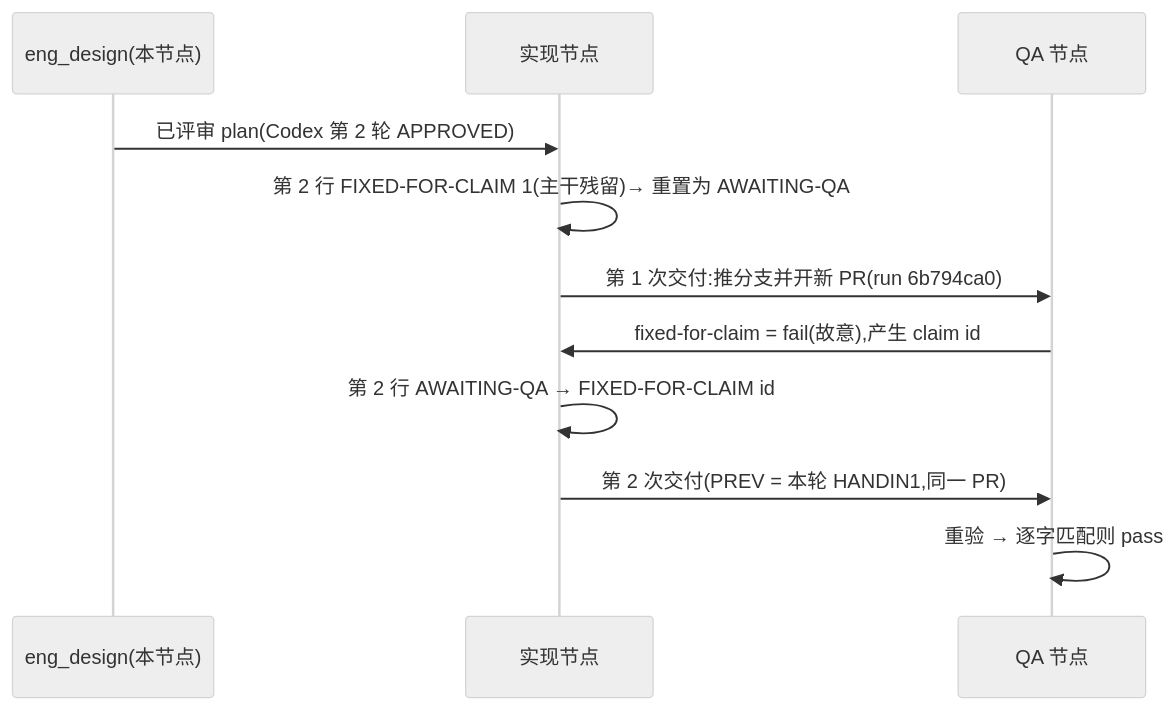
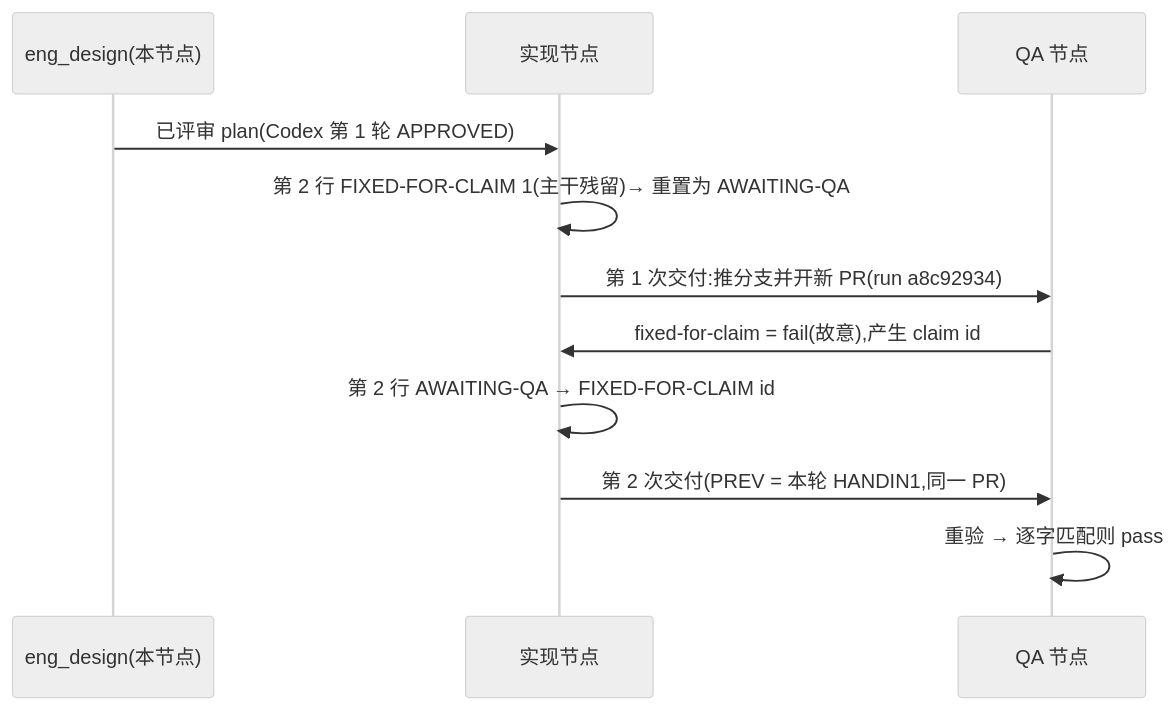
The diagram in engineering/doc/FLY-3226-real-runner-drill/d1-core-flow.mmd (xrliAnnie/flywheel-qa-sandbox), drawn with Mermaid (neutral theme) before and after one commit. The commit also changed 8 other files, not shown here.

```diff
--- a/engineering/doc/FLY-3226-real-runner-drill/d1-core-flow.mmd
+++ b/engineering/doc/FLY-3226-real-runner-drill/d1-core-flow.mmd
@@ -1,11 +1,11 @@
 sequenceDiagram
     participant S as eng_design(本节点)
     participant I as 实现节点
     participant Q as QA 节点
-    S->>I: 已评审 plan(Codex 第 2 轮 APPROVED)
+    S->>I: 已评审 plan(Codex 第 1 轮 APPROVED)
     I->>I: 第 2 行 FIXED-FOR-CLAIM 1(主干残留)→ 重置为 AWAITING-QA
-    I->>Q: 第 1 次交付:推分支并开新 PR(run 6b794ca0)
+    I->>Q: 第 1 次交付:推分支并开新 PR(run a8c92934)
     Q->>I: fixed-for-claim = fail(故意),产生 claim id
     I->>I: 第 2 行 AWAITING-QA → FIXED-FOR-CLAIM id
     I->>Q: 第 2 次交付(PREV = 本轮 HANDIN1,同一 PR)
     Q->>Q: 重验 → 逐字匹配则 pass
```
